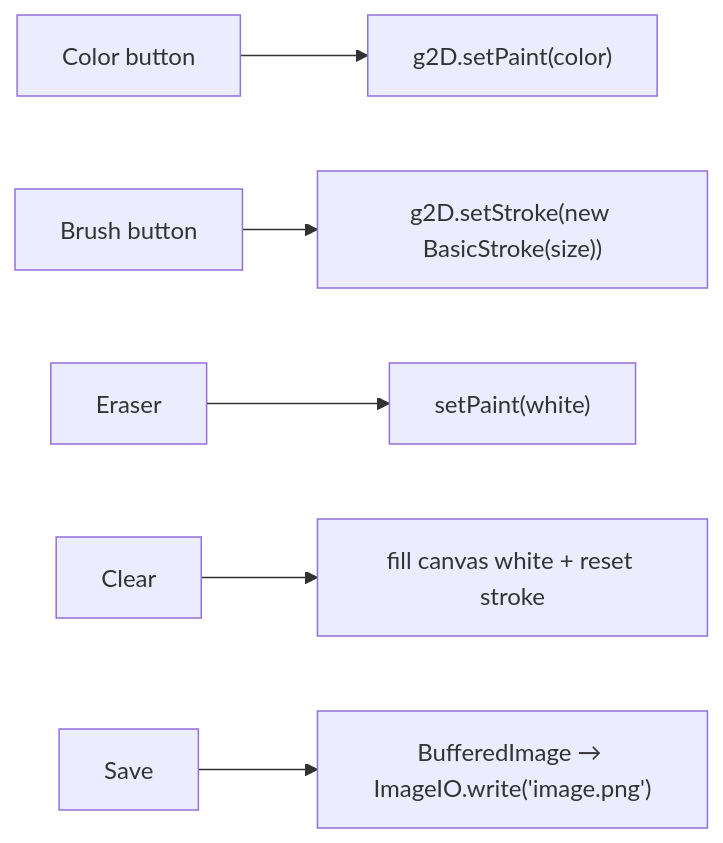
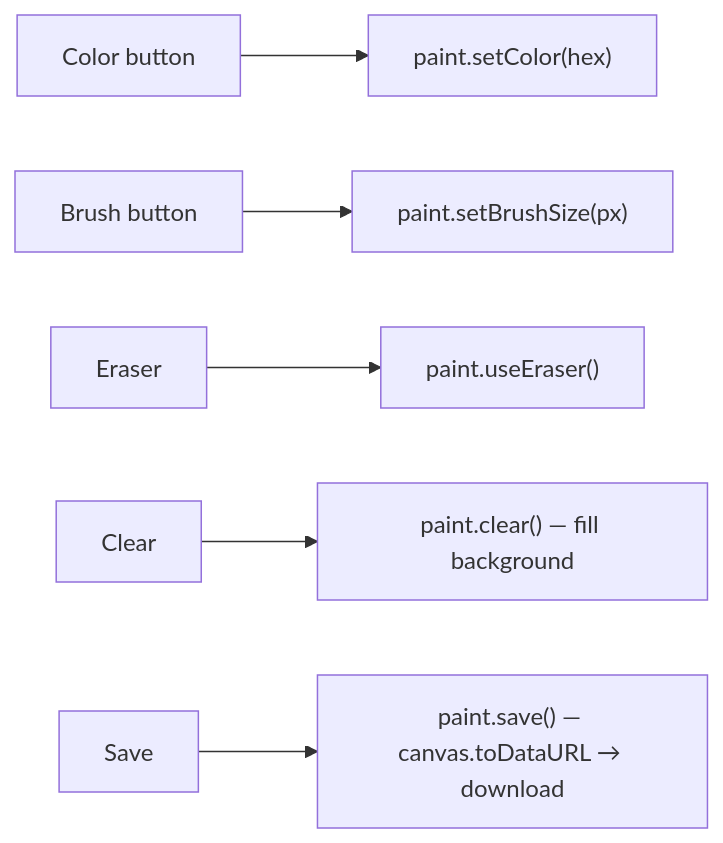
Before and after one commit to Mann5700/Windows-Paint-Clone: the third of 3 diagrams in README.md, drawn with Mermaid. The commit also changed other lines of this file and 19 other files, not shown here.

````diff
--- a/README.md
+++ b/README.md
@@ -69,8 +73,8 @@
 ```mermaid
 flowchart LR
-    B1[Color button] --> S1["g2D.setPaint(color)"]
-    B2[Brush button] --> S2["g2D.setStroke(new BasicStroke(size))"]
-    B3[Eraser] --> S3["setPaint(white)"]
-    B4[Clear] --> S4["fill canvas white + reset stroke"]
-    B5[Save] --> S5["BufferedImage → ImageIO.write('image.png')"]
+    B1[Color button] --> S1["paint.setColor(hex)"]
+    B2[Brush button] --> S2["paint.setBrushSize(px)"]
+    B3[Eraser] --> S3["paint.useEraser()"]
+    B4[Clear] --> S4["paint.clear() — fill background"]
+    B5[Save] --> S5["paint.save() — canvas.toDataURL → download"]
 ```
````
